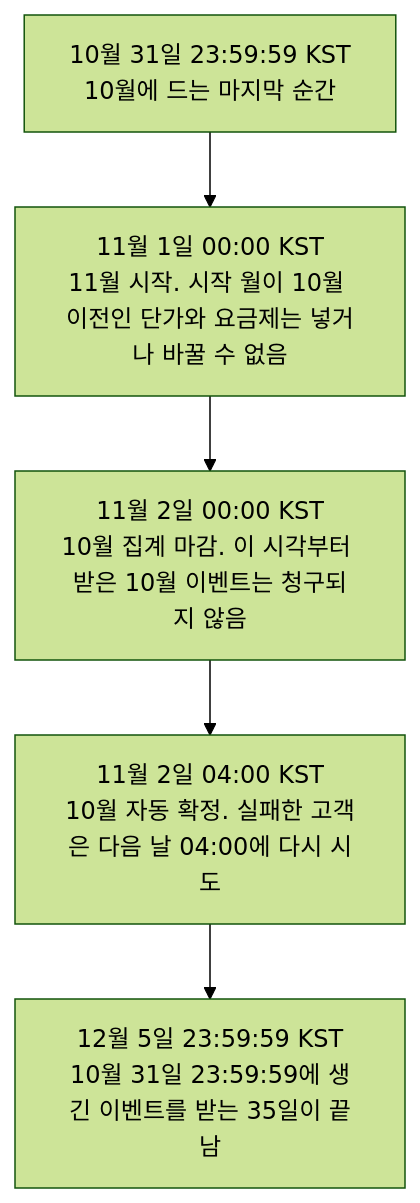
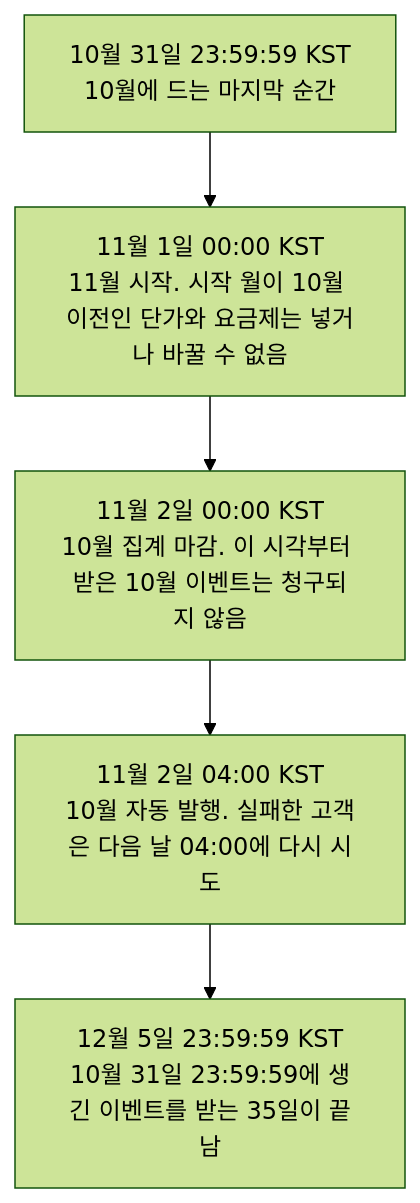
Before and after one commit to asm17-ms2/meterengine: the diagram in guide/concepts/time-rules.mdx, drawn with Mermaid (forest theme). The commit also changed other lines of this file and 83 other files, not shown here.

````diff
--- a/guide/concepts/time-rules.mdx
+++ b/guide/concepts/time-rules.mdx
@@ -78,8 +78,8 @@
 ```mermaid
 flowchart TD
   A["10월 31일 23:59:59 KST<br/>10월에 드는 마지막 순간"] --> B
   B["11월 1일 00:00 KST<br/>11월 시작. 시작 월이 10월 이전인 단가와 요금제는 넣거나 바꿀 수 없음"] --> C
   C["11월 2일 00:00 KST<br/>10월 집계 마감. 이 시각부터 받은 10월 이벤트는 청구되지 않음"] --> D
-  D["11월 2일 04:00 KST<br/>10월 자동 확정. 실패한 고객은 다음 날 04:00에 다시 시도"] --> E
+  D["11월 2일 04:00 KST<br/>10월 자동 발행. 실패한 고객은 다음 날 04:00에 다시 시도"] --> E
   E["12월 5일 23:59:59 KST<br/>10월 31일 23:59:59에 생긴 이벤트를 받는 35일이 끝남"]
 ```
````
